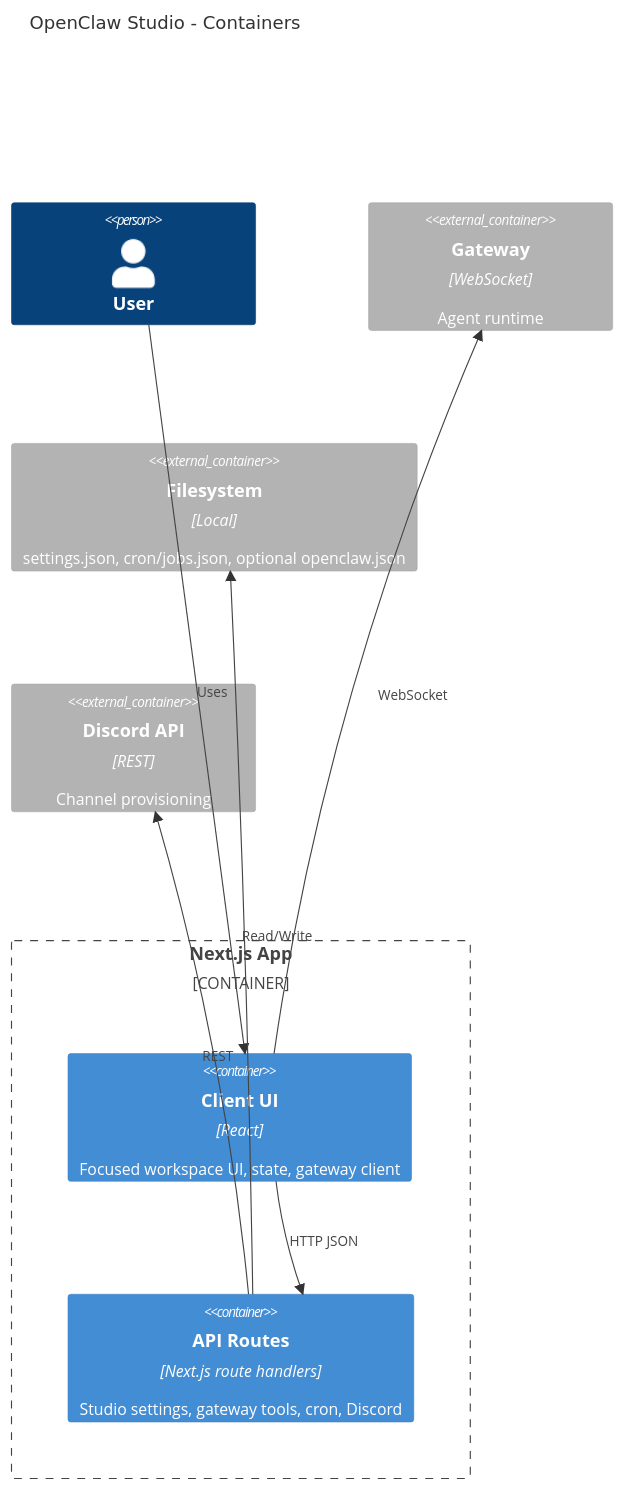
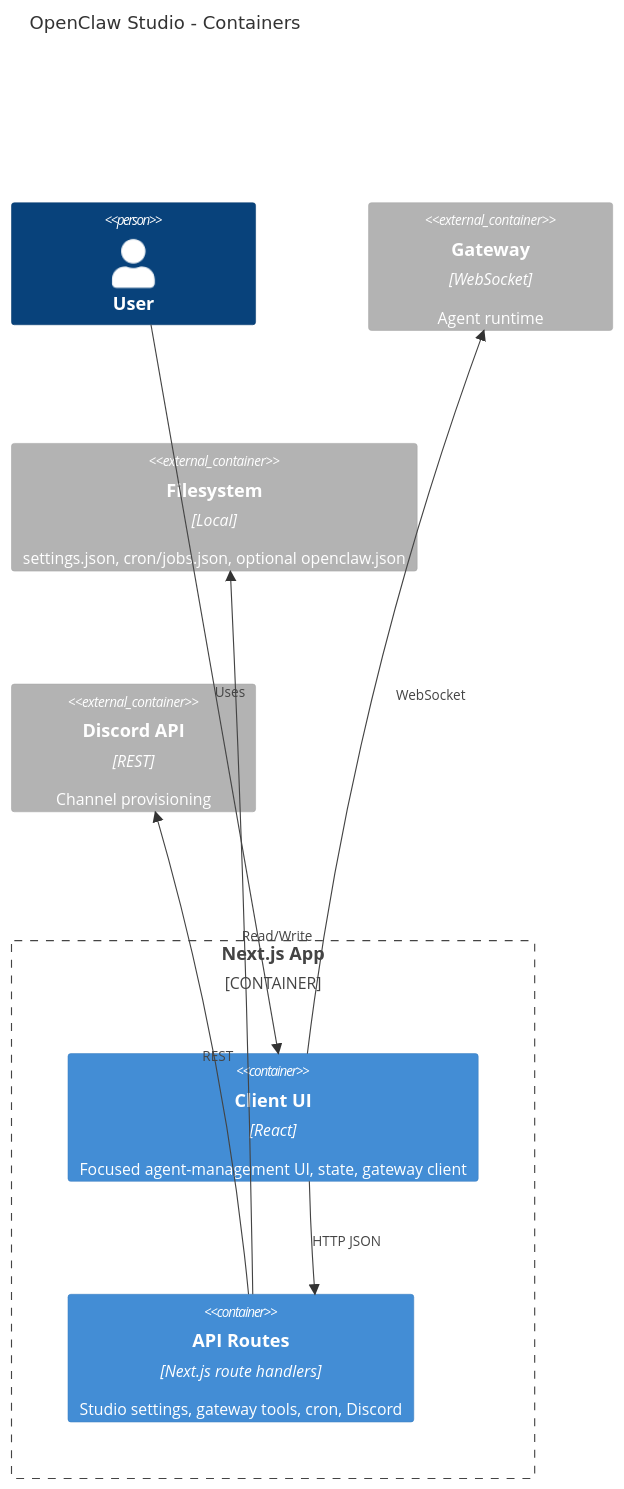
One commit to MichelCaini/openclaw-studio changed the second of 2 diagrams in ARCHITECTURE.md. Above: the diagram before and after it, drawn with Mermaid. The commit also changed other lines of this file and 44 other files, not shown here.

````diff
--- a/ARCHITECTURE.md
+++ b/ARCHITECTURE.md
@@ -124,20 +123,20 @@
 ```mermaid
 C4Container
   title OpenClaw Studio - Containers
   Person(user, "User")
 
   Container_Boundary(app, "Next.js App") {
-    Container(client, "Client UI", "React", "Focused workspace UI, state, gateway client")
+    Container(client, "Client UI", "React", "Focused agent-management UI, state, gateway client")
     Container(api, "API Routes", "Next.js route handlers", "Studio settings, gateway tools, cron, Discord")
   }
 
   Container_Ext(gateway, "Gateway", "WebSocket", "Agent runtime")
   Container_Ext(fs, "Filesystem", "Local", "settings.json, cron/jobs.json, optional openclaw.json")
   Container_Ext(discord, "Discord API", "REST", "Channel provisioning")
 
   Rel(user, client, "Uses")
   Rel(client, api, "HTTP JSON")
   Rel(client, gateway, "WebSocket")
   Rel(api, fs, "Read/Write")
   Rel(api, discord, "REST")
 ```
````
